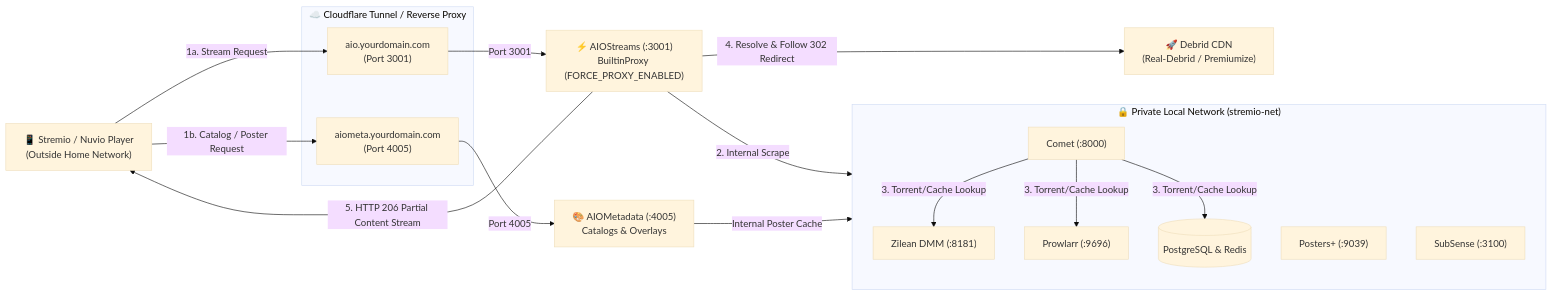
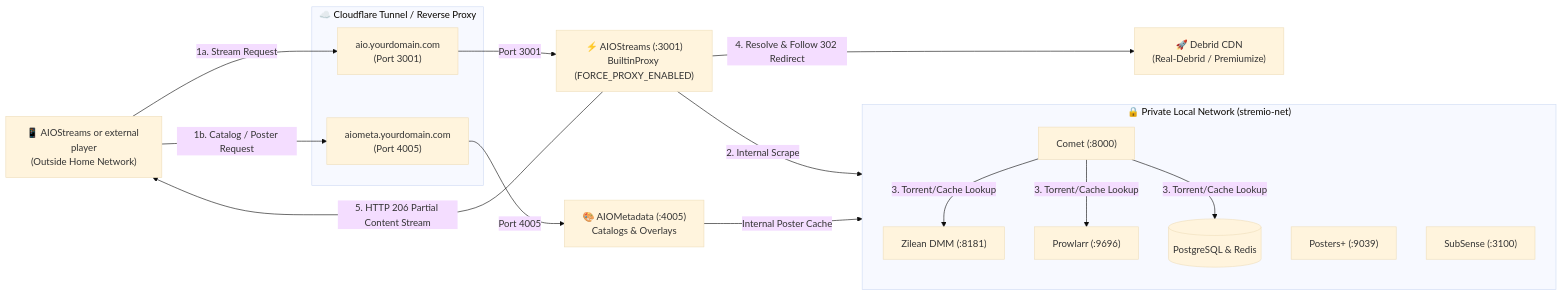
Before and after one commit to oOflyeyesOo/AIOStreams-All-Local: the diagram in README.md, drawn with Mermaid (base theme). The commit also changed other lines of this file and 45 other files, not shown here.

Commit message:
Make AIOStreams the bundled player and restore shared sign-in

````diff
--- a/README.md
+++ b/README.md
@@ -117,73 +117,73 @@
 ```mermaid
 
 flowchart LR
 
-    Player["📱 Stremio / Nuvio Player<br/>(Outside Home Network)"]
+    Player["📱 AIOStreams or external player<br/>(Outside Home Network)"]
 
     
 
     subgraph Ingress ["☁️ Cloudflare Tunnel / Reverse Proxy"]
 
         TunnelAIO["aio.yourdomain.com<br/>(Port 3001)"]
 
         TunnelMeta["aiometa.yourdomain.com<br/>(Port 4005)"]
 
     end
 
 
 
     AIO["⚡ AIOStreams (:3001)<br/>BuiltinProxy (FORCE_PROXY_ENABLED)"]
 
     AIOMeta["🎨 AIOMetadata (:4005)<br/>Catalogs & Overlays"]
 
     
 
     subgraph Internal ["🔒 Private Local Network (stremio-net)"]
 
         direction TB
 
         Comet["Comet (:8000)"]
 
 
 
         Zilean["Zilean DMM (:8181)"]
 
         Prowlarr["Prowlarr (:9696)"]
 
         Posters["Posters+ (:9039)"]
 
         SubSense["SubSense (:3100)"]
 
         DB[("PostgreSQL & Redis")]
 
     end
 
     
 
     CDN["🚀 Debrid CDN<br/>(Real-Debrid / Premiumize)"]
 
 
 
     Player -->|1a. Stream Request| TunnelAIO
 
     Player -->|1b. Catalog / Poster Request| TunnelMeta
 
     
 
     TunnelAIO -->|Port 3001| AIO
 
     TunnelMeta -->|Port 4005| AIOMeta
 
     
 
     AIO -->|2. Internal Scrape| Comet
 
     AIOMeta -->|Internal Poster Cache| Posters
 
     Comet -->|3. Torrent/Cache Lookup| Zilean & Prowlarr & DB
 
     AIO -->|4. Resolve & Follow 302 Redirect| CDN
 
     AIO -->|5. HTTP 206 Partial Content Stream| Player
 
 ```
````
